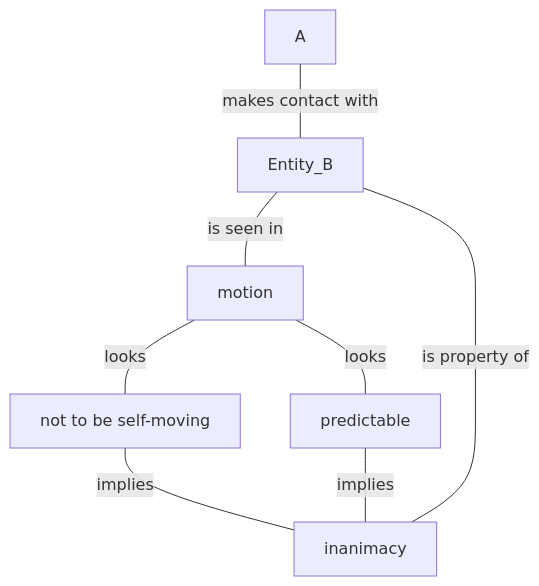
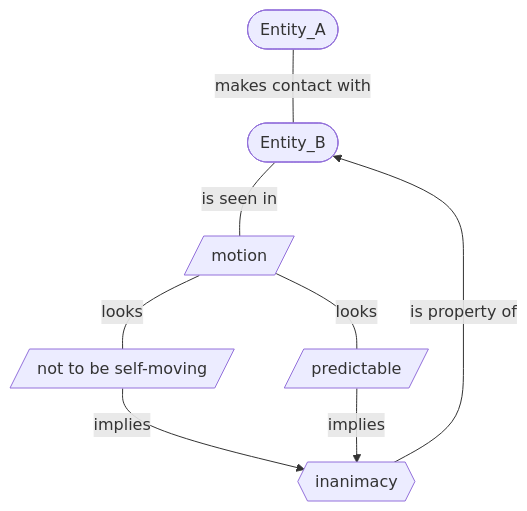
The second of 4 diagrams in src/slides/wk-14-conceptual-development.qmd (psu-psychology/psy-548-2025-fall), drawn with Mermaid before and after one commit. The commit also changed other lines of this file and 2 other files, not shown here.

Commit message:
Finalize conceptual diagrams.

````diff
--- a/src/slides/wk-14-conceptual-development.qmd
+++ b/src/slides/wk-14-conceptual-development.qmd
@@ -194,9 +199,11 @@
 ```{mermaid}
+%%| label: fig-inferring-inanimacy
+%%| fig-cap: "How A moving B affects conceptual representations."
 flowchart TD
-  A ---|makes contact with| B[Entity_B]
-  B ---|is seen in| N[motion]
-  N ---|looks| T[not to be self-moving]
-  N ---|looks| P[predictable]
-  T & P ---|implies| D[inanimacy]
-  D ---|is property of| B
+  A([Entity_A]) ---|makes contact with| B([Entity_B])
+  B ---|is seen in| N[/motion/]
+  N ---|looks| T[/not to be self-moving/]
+  N ---|looks| P[/predictable/]
+  T & P -->|implies| D{{inanimacy}}
+  D -->|is property of| B
 ```
````
